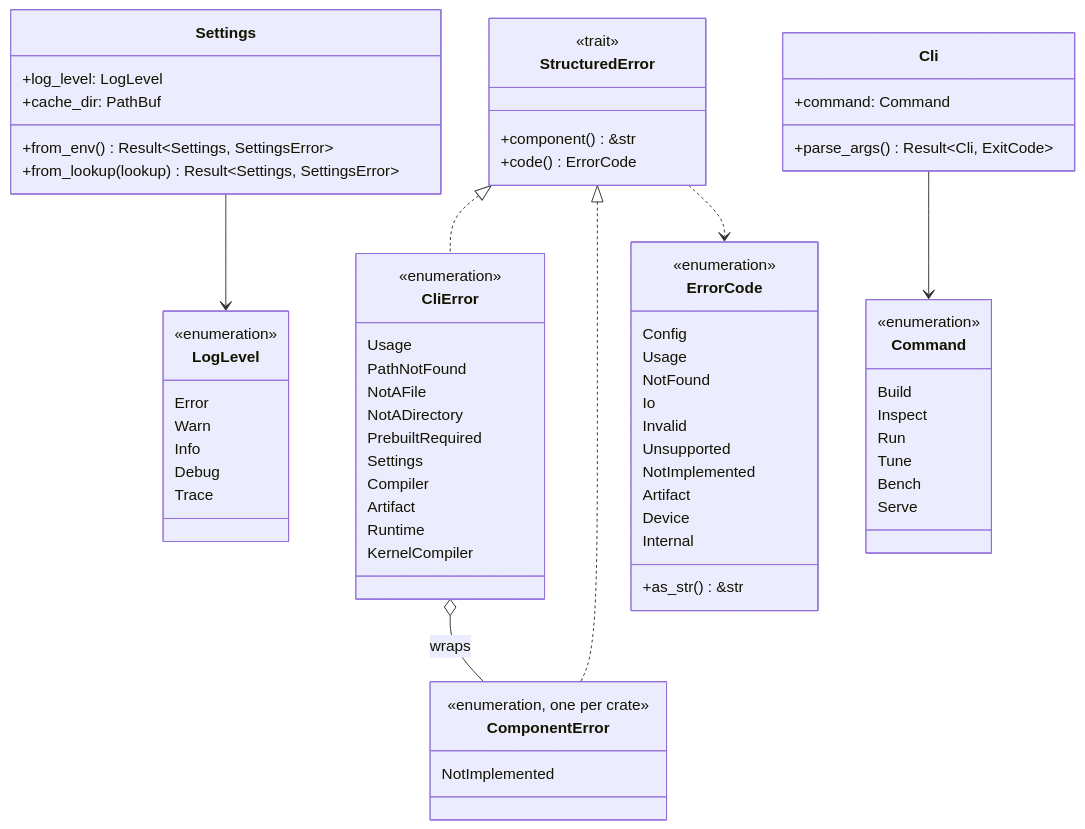
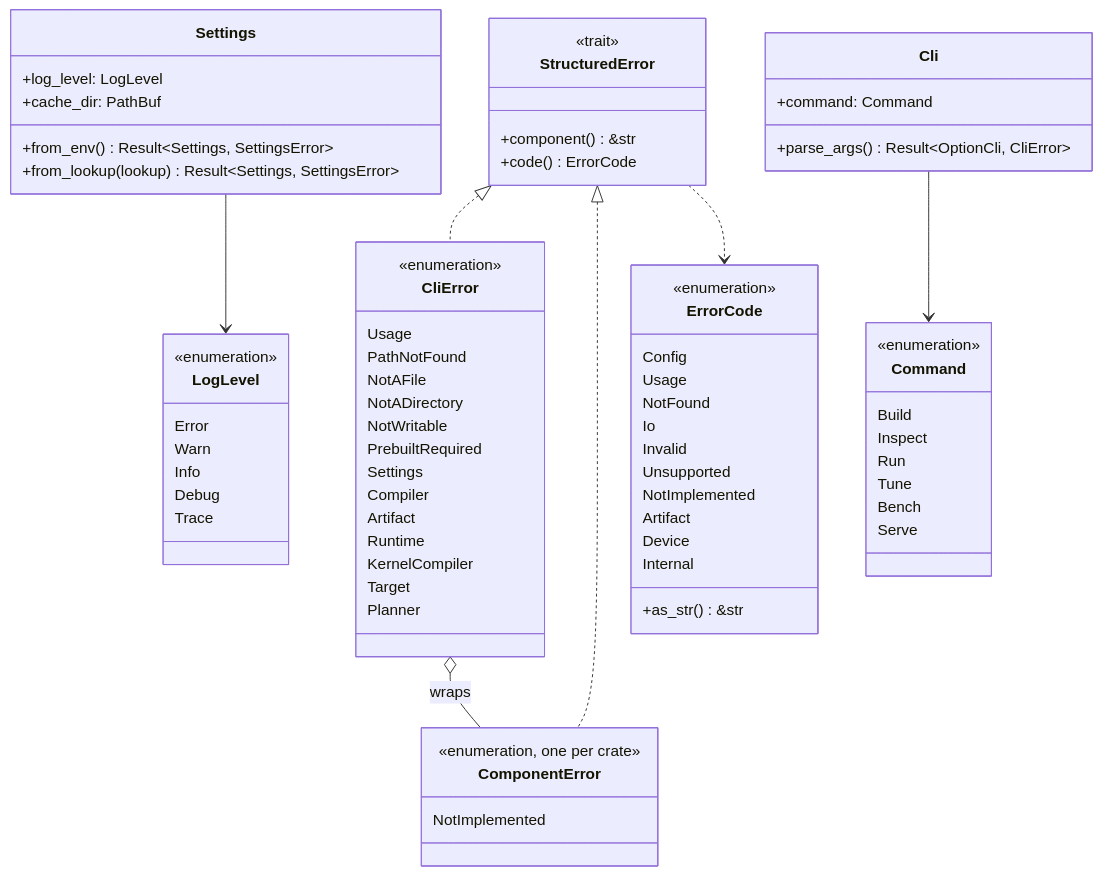
The second of 24 diagrams in content/design-diagrams.md (itej89/rustinfer-docs), drawn with Mermaid before and after one commit. The commit also changed other lines of this file and 24 other files, not shown here.

````diff
--- a/content/design-diagrams.md
+++ b/content/design-diagrams.md
@@ -128,72 +141,75 @@
 ```mermaid
 classDiagram
     class Settings {
         +log_level: LogLevel
         +cache_dir: PathBuf
         +from_env() Result~Settings, SettingsError~
         +from_lookup(lookup) Result~Settings, SettingsError~
     }
     class LogLevel {
         <<enumeration>>
         Error
         Warn
         Info
         Debug
         Trace
     }
     class ErrorCode {
         <<enumeration>>
         Config
         Usage
         NotFound
         Io
         Invalid
         Unsupported
         NotImplemented
         Artifact
         Device
         Internal
         +as_str() &str
     }
     class StructuredError {
         <<trait>>
         +component() &str
         +code() ErrorCode
     }
     class CliError {
         <<enumeration>>
         Usage
         PathNotFound
         NotAFile
         NotADirectory
+        NotWritable
         PrebuiltRequired
         Settings
         Compiler
         Artifact
         Runtime
         KernelCompiler
+        Target
+        Planner
     }
     class ComponentError {
         <<enumeration, one per crate>>
         NotImplemented
     }
     class Cli {
         +command: Command
-        +parse_args() Result~Cli, ExitCode~
+        +parse_args() Result~OptionCli, CliError~
     }
     class Command {
         <<enumeration>>
         Build
         Inspect
         Run
         Tune
         Bench
         Serve
     }
     Settings --> LogLevel
     StructuredError <|.. CliError
     StructuredError <|.. ComponentError
     StructuredError ..> ErrorCode
     CliError o-- ComponentError : wraps
     Cli --> Command
 ```
````
